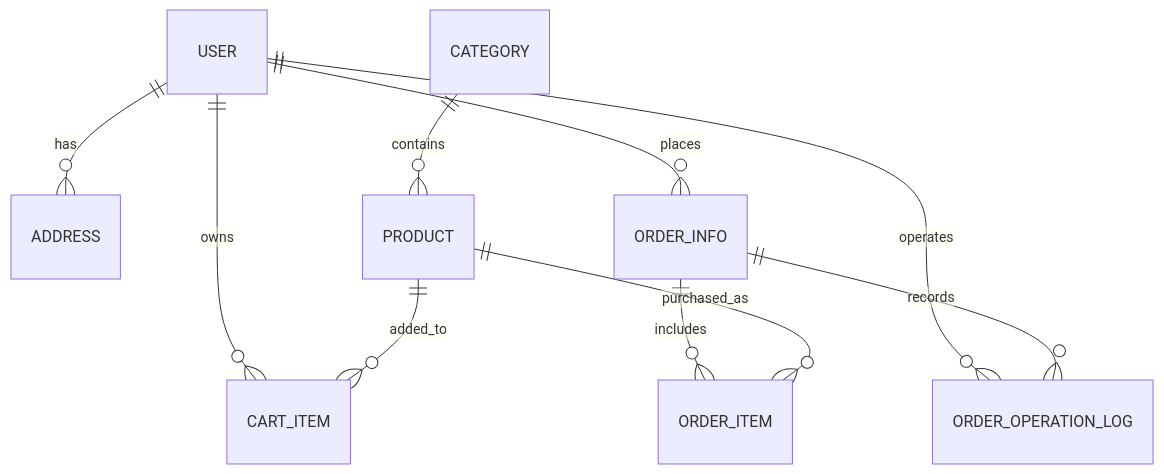
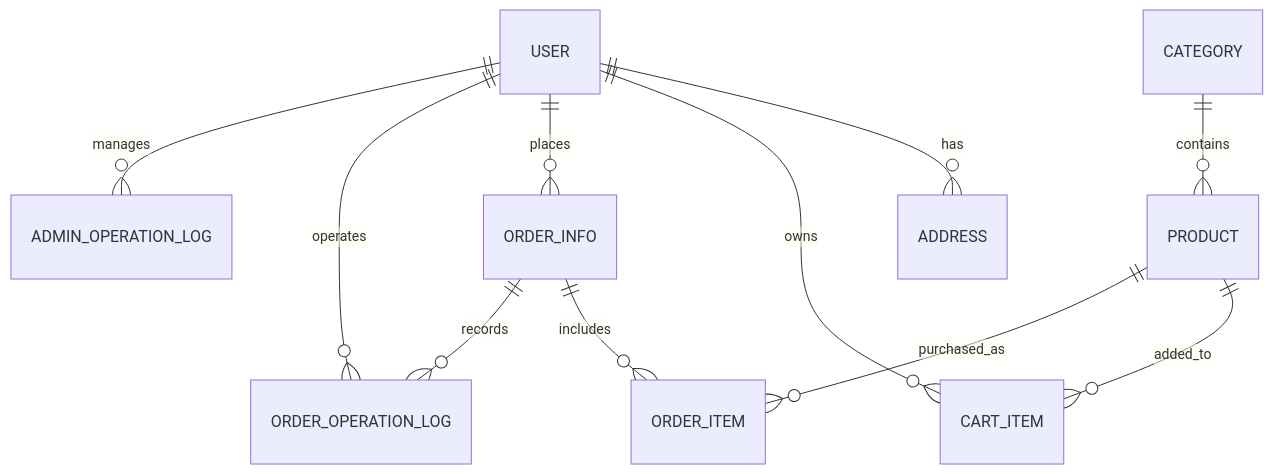
Before and after one commit to morisa28/my-DB: the diagram in docs/03-数据库设计.md, drawn with Mermaid. The commit also changed other lines of this file and 29 other files, not shown here.

Commit message:
feat: add admin operation audit trail

````diff
--- a/docs/03-数据库设计.md
+++ b/docs/03-数据库设计.md
@@ -16,12 +18,13 @@
 ```mermaid
 erDiagram
     USER ||--o{ ADDRESS : has
     USER ||--o{ CART_ITEM : owns
     USER ||--o{ ORDER_INFO : places
     USER ||--o{ ORDER_OPERATION_LOG : operates
+    USER ||--o{ ADMIN_OPERATION_LOG : manages
     CATEGORY ||--o{ PRODUCT : contains
     PRODUCT ||--o{ CART_ITEM : added_to
     ORDER_INFO ||--o{ ORDER_ITEM : includes
     ORDER_INFO ||--o{ ORDER_OPERATION_LOG : records
     PRODUCT ||--o{ ORDER_ITEM : purchased_as
 ```
````
